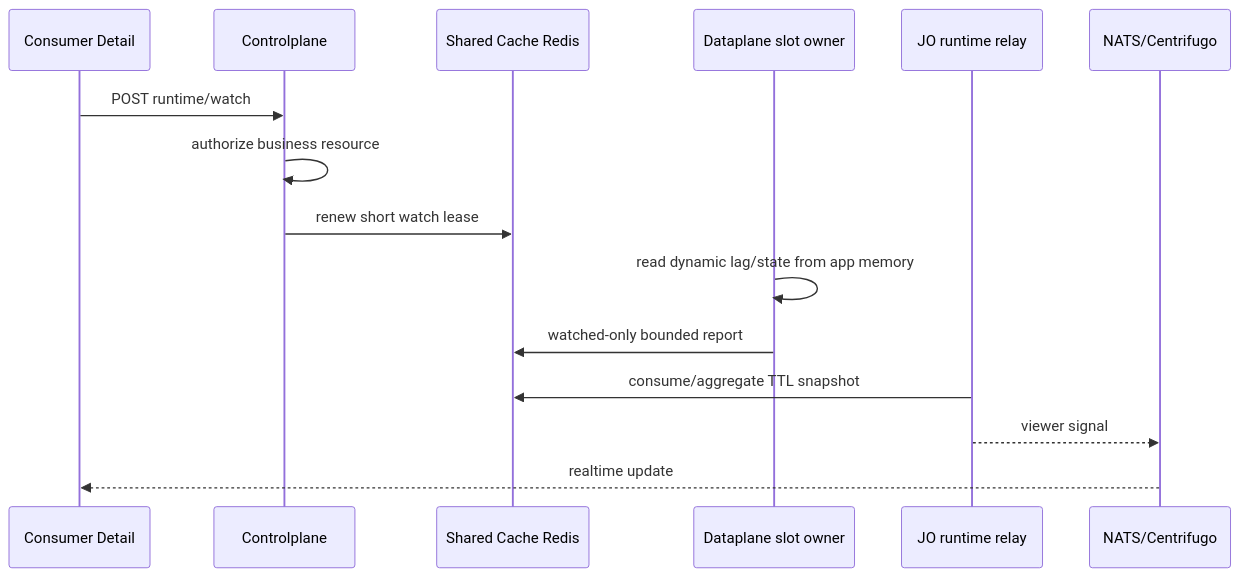
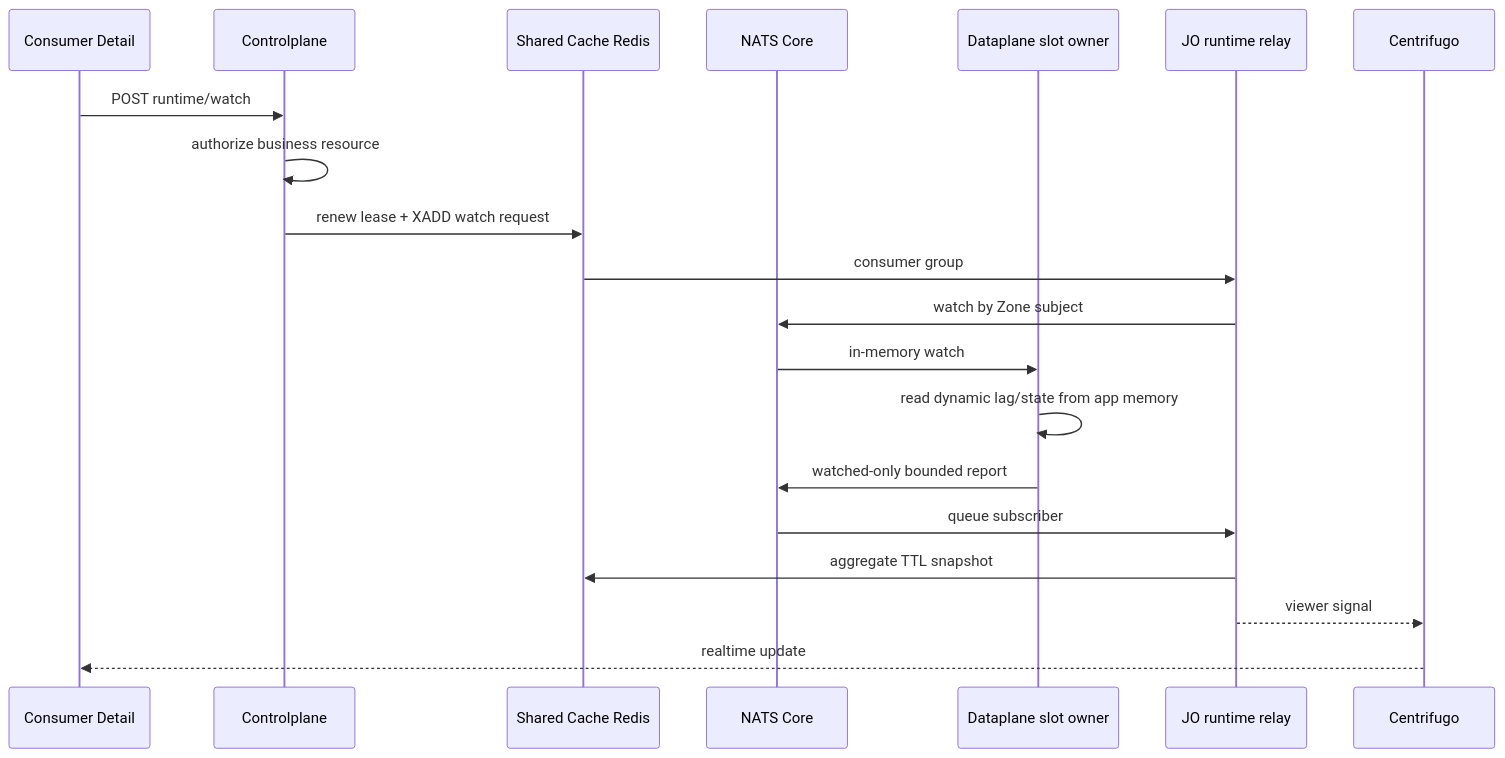
The fifth of 5 diagrams in god_view/mail/mail_configuration_projection_god_view.md (phucle996/aurora), drawn with Mermaid before and after one commit. The commit also changed other lines of this file and 137 other files, not shown here.

````diff
--- a/god_view/mail/mail_configuration_projection_god_view.md
+++ b/god_view/mail/mail_configuration_projection_god_view.md
@@ -232,18 +232,23 @@
 ```mermaid
 sequenceDiagram
     participant UI as Consumer Detail
     participant CP as Controlplane
     participant R as Shared Cache Redis
+    participant N as NATS Core
     participant DP as Dataplane slot owner
     participant JO as JO runtime relay
-    participant N as NATS/Centrifugo
+    participant C as Centrifugo
 
     UI->>CP: POST runtime/watch
     CP->>CP: authorize business resource
-    CP->>R: renew short watch lease
+    CP->>R: renew lease + XADD watch request
+    R->>JO: consumer group
+    JO->>N: watch by Zone subject
+    N->>DP: in-memory watch
     DP->>DP: read dynamic lag/state from app memory
-    DP->>R: watched-only bounded report
-    JO->>R: consume/aggregate TTL snapshot
-    JO-->>N: viewer signal
-    N-->>UI: realtime update
+    DP->>N: watched-only bounded report
+    N->>JO: queue subscriber
+    JO->>R: aggregate TTL snapshot
+    JO-->>C: viewer signal
+    C-->>UI: realtime update
 ```
````
